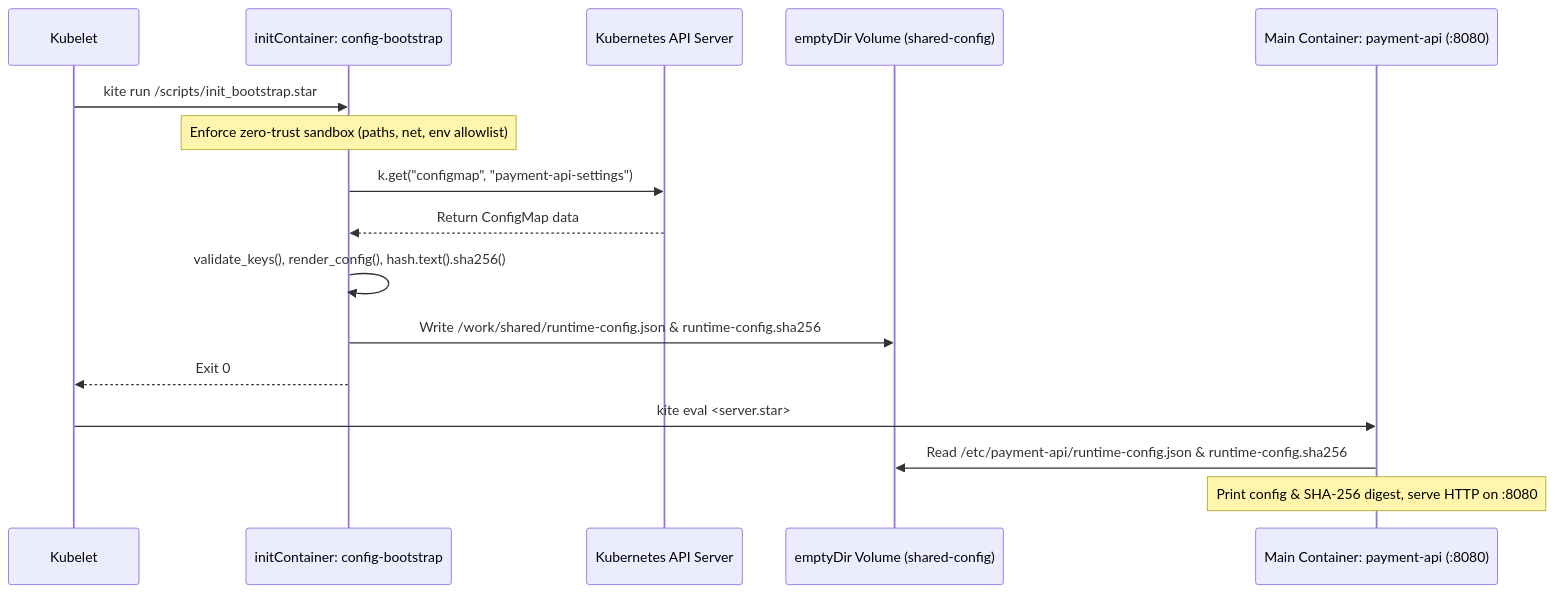
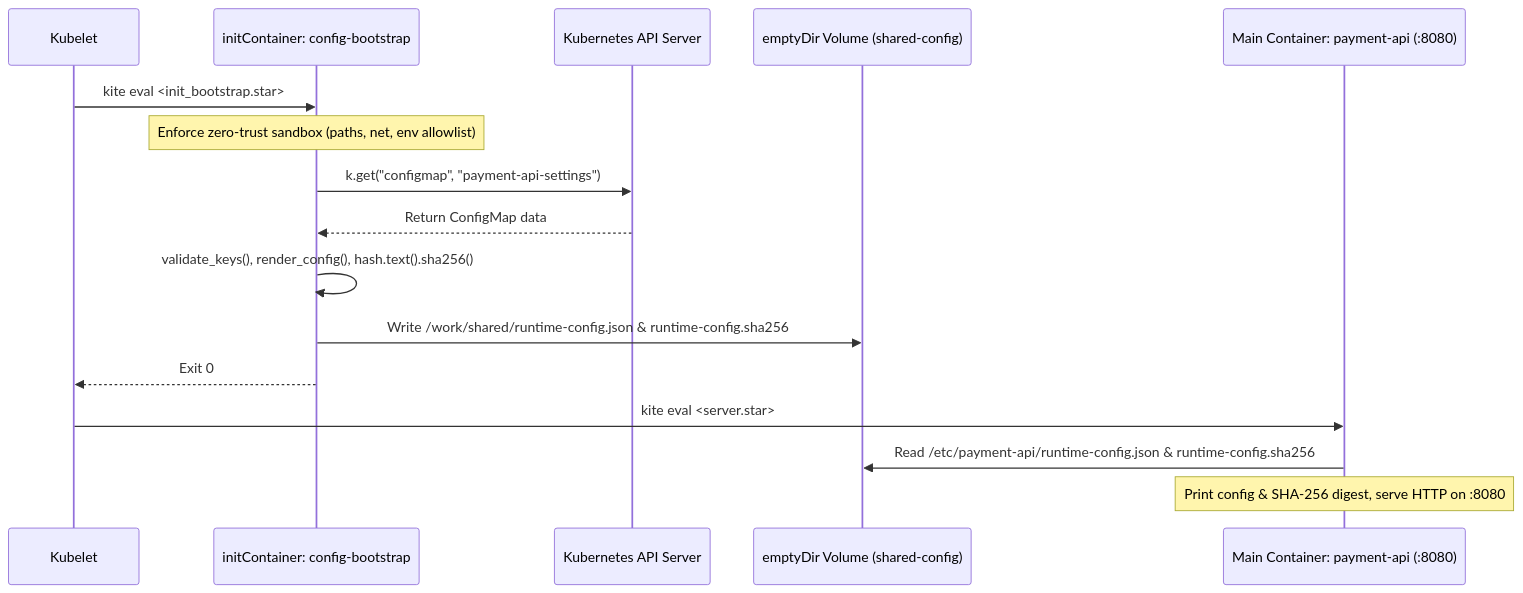
Before and after one commit to project-starkite/starkite-tutorials: the diagram in k8s/init-cluster/README.md, drawn with Mermaid. The commit also changed other lines of this file and 2 other files, not shown here.

Commit message:
refactor(k8s): inject init_bootstrap.star via fs.read_text and kite eval

````diff
--- a/k8s/init-cluster/README.md
+++ b/k8s/init-cluster/README.md
@@ -80,19 +80,19 @@
 ```mermaid
 sequenceDiagram
     participant Kubelet as Kubelet
     participant Init as initContainer: config-bootstrap
     participant API as Kubernetes API Server
     participant Vol as emptyDir Volume (shared-config)
     participant App as Main Container: payment-api (:8080)
 
-    Kubelet->>Init: kite run /scripts/init_bootstrap.star
+    Kubelet->>Init: kite eval <init_bootstrap.star>
     Note over Init: Enforce zero-trust sandbox (paths, net, env allowlist)
     Init->>API: k.get("configmap", "payment-api-settings")
     API-->>Init: Return ConfigMap data
     Init->>Init: validate_keys(), render_config(), hash.text().sha256()
     Init->>Vol: Write /work/shared/runtime-config.json & runtime-config.sha256
     Init-->>Kubelet: Exit 0
     Kubelet->>App: kite eval <server.star>
     App->>Vol: Read /etc/payment-api/runtime-config.json & runtime-config.sha256
     Note over App: Print config & SHA-256 digest, serve HTTP on :8080
 ```
````
